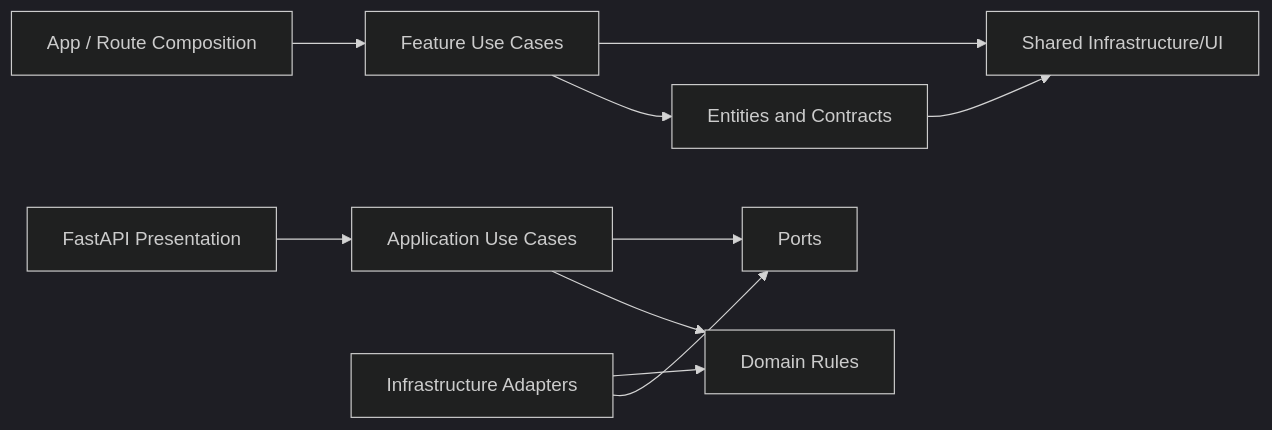
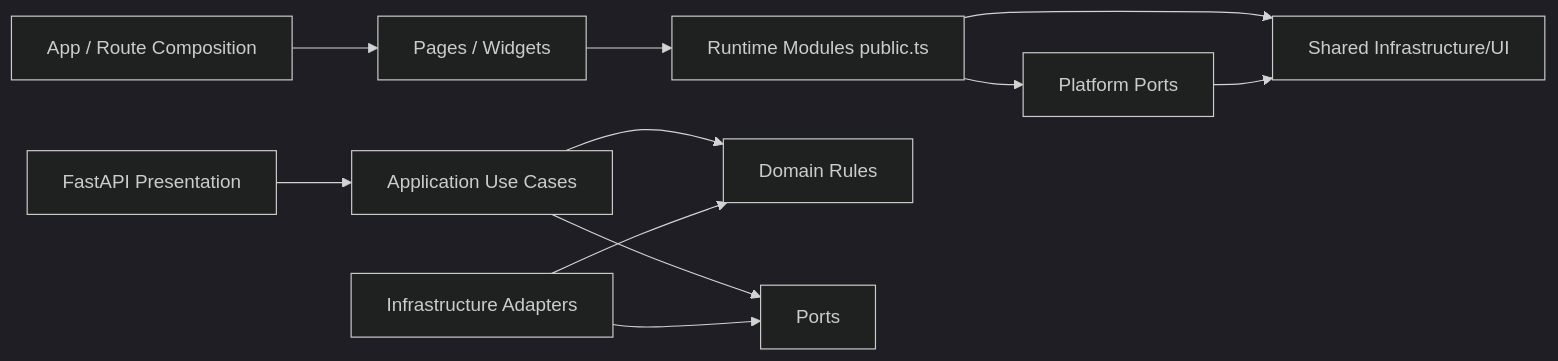
One commit to Rasmus0505/Memory-Anki changed the diagram in docs/architecture/README.md. Above: the diagram before and after it, drawn with Mermaid (dark theme). The commit also changed other lines of this file and 5 other files, not shown here.

````diff
--- a/docs/architecture/README.md
+++ b/docs/architecture/README.md
@@ -44,13 +47,14 @@
 ```mermaid
 graph LR
-  App[App / Route Composition] --> Feature[Feature Use Cases]
-  Feature --> Entity[Entities and Contracts]
-  Feature --> Shared[Shared Infrastructure/UI]
-  Entity --> Shared
+  App[App / Route Composition] --> Pages[Pages / Widgets]
+  Pages --> Modules[Runtime Modules public.ts]
+  Modules --> Shared[Shared Infrastructure/UI]
+  Modules --> Platform[Platform Ports]
+  Platform --> Shared
 
   Presentation[FastAPI Presentation] --> Application[Application Use Cases]
   Application --> Domain[Domain Rules]
   Application --> Ports[Ports]
   Infrastructure[Infrastructure Adapters] --> Ports
   Infrastructure --> Domain
 ```
````
